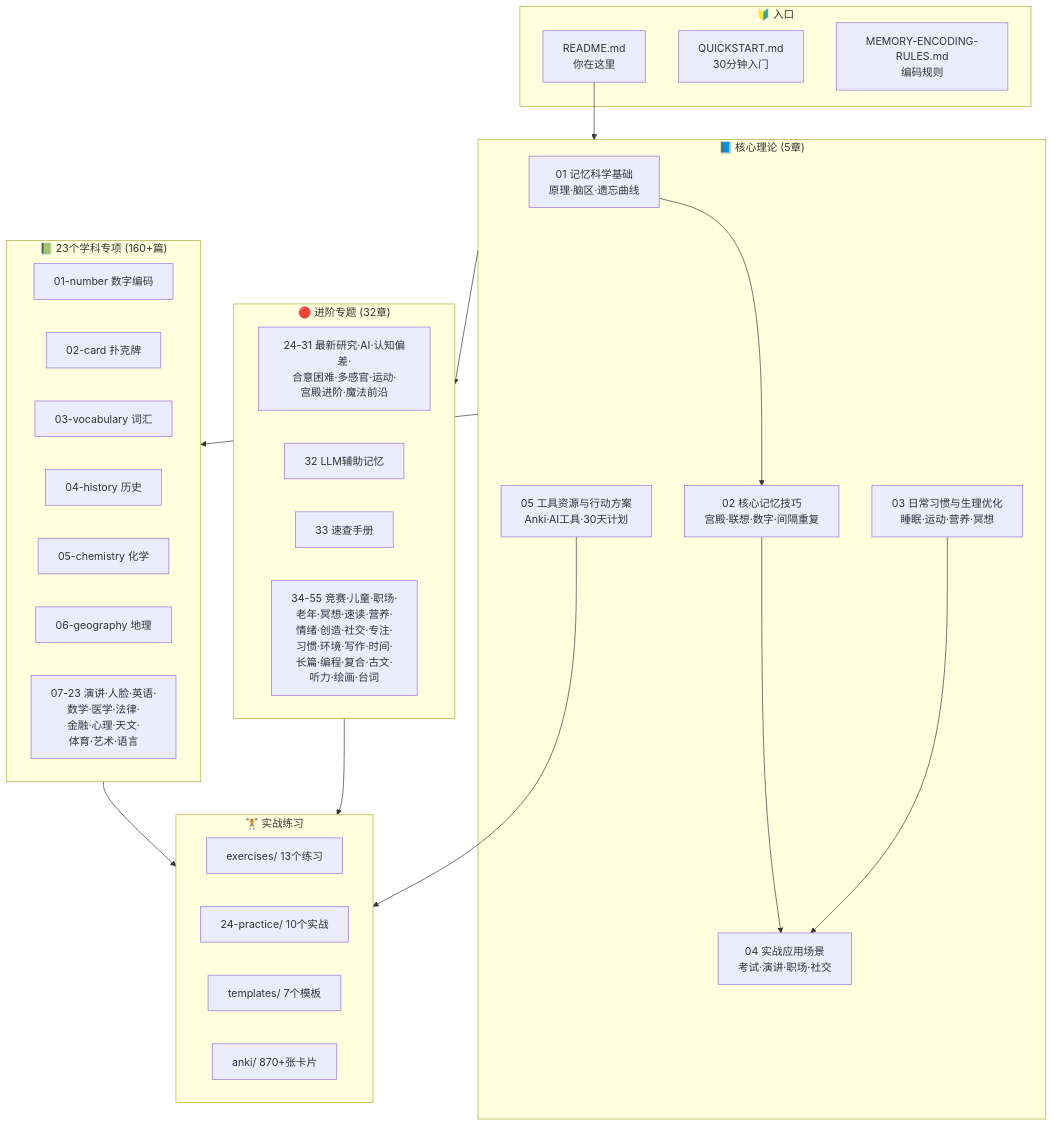
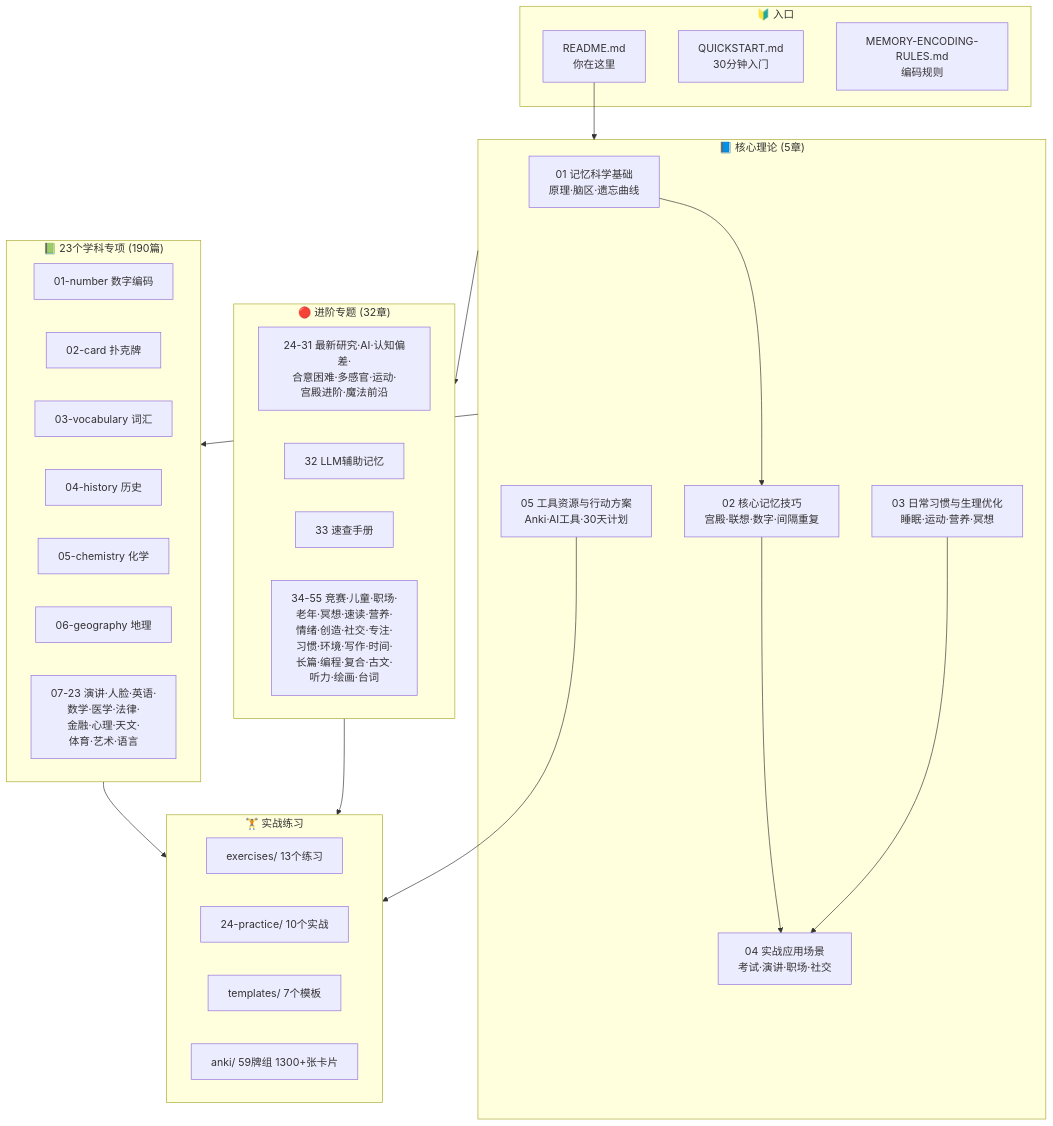
Before and after one commit to brother2050/memory-guide: the first of 2 diagrams in README.md, drawn with Mermaid. The commit also changed other lines of this file and 125 other files, not shown here.

````diff
--- a/README.md
+++ b/README.md
@@ -59,51 +62,51 @@
 ```mermaid
 graph TB
     subgraph 入口["🔰 入口"]
         README["README.md\n你在这里"]
         QS["QUICKSTART.md\n30分钟入门"]
         RULES["MEMORY-ENCODING-RULES.md\n编码规则"]
     end
 
     subgraph core["📘 核心理论 (5章)"]
         C01["01 记忆科学基础\n原理·脑区·遗忘曲线"]
         C02["02 核心记忆技巧\n宫殿·联想·数字·间隔重复"]
         C03["03 日常习惯与生理优化\n睡眠·运动·营养·冥想"]
         C04["04 实战应用场景\n考试·演讲·职场·社交"]
         C05["05 工具资源与行动方案\nAnki·AI工具·30天计划"]
     end
 
-    subgraph special["📗 23个学科专项 (160+篇)"]
+    subgraph special["📗 23个学科专项 (190篇)"]
         NUM["01-number 数字编码"]
         CARD["02-card 扑克牌"]
         VOCAB["03-vocabulary 词汇"]
         HIST["04-history 历史"]
         CHEM["05-chemistry 化学"]
         GEO["06-geography 地理"]
         MORE["07-23 演讲·人脸·英语·\n数学·医学·法律·\n金融·心理·天文·\n体育·艺术·语言"]
     end
 
     subgraph advanced["🔴 进阶专题 (32章)"]
         A24["24-31 最新研究·AI·认知偏差·\n合意困难·多感官·运动·\n宫殿进阶·魔法前沿"]
         A32["32 LLM辅助记忆"]
         A33["33 速查手册"]
         A34["34-55 竞赛·儿童·职场·\n老年·冥想·速读·营养·\n情绪·创造·社交·专注·\n习惯·环境·写作·时间·\n长篇·编程·复合·古文·\n听力·绘画·台词"]
     end
 
     subgraph practice["🏋️ 实战练习"]
         EX["exercises/ 13个练习"]
         PR["24-practice/ 10个实战"]
         TM["templates/ 7个模板"]
-        AN["anki/ 870+张卡片"]
+        AN["anki/ 59牌组 1300+张卡片"]
     end
 
     README --> core
     core --> special
     core --> advanced
     special --> practice
     advanced --> practice
 
     C01 --> C02
     C02 --> C04
     C03 --> C04
     C05 --> practice
 ```
````
